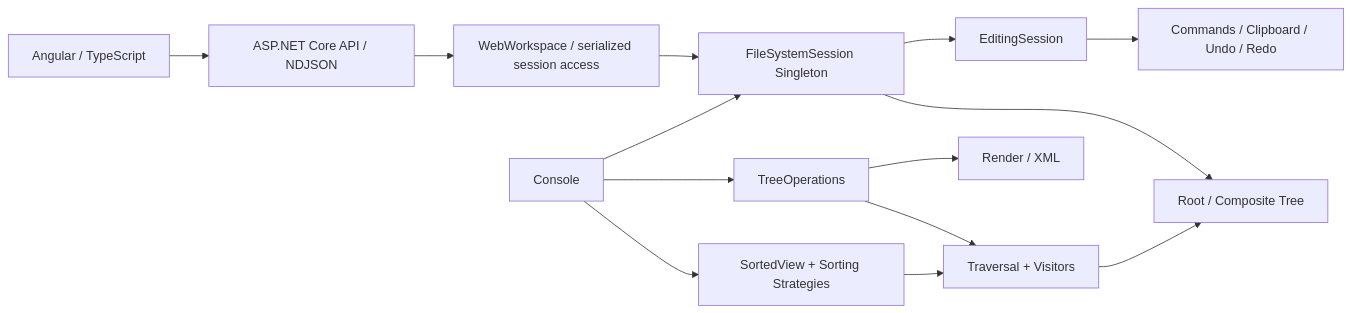
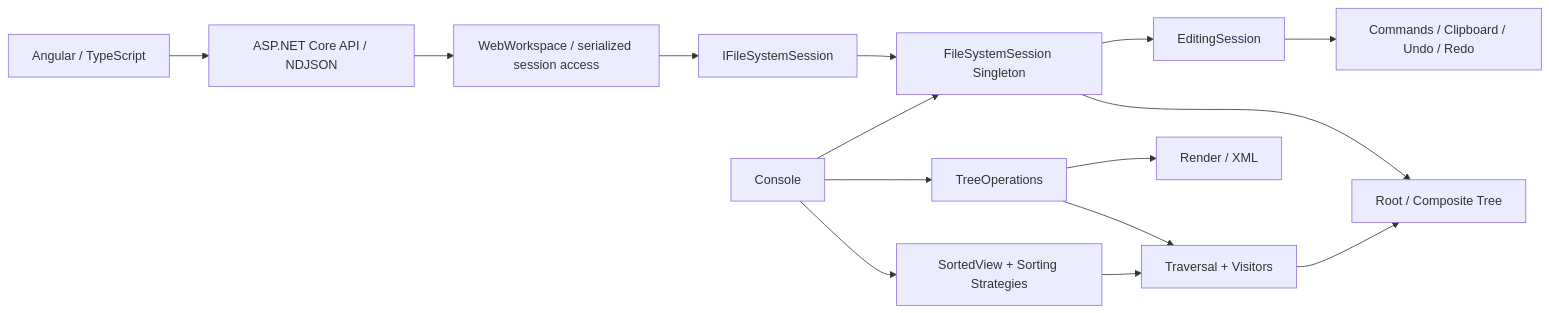
One commit to Juyunho/CloudFileManager changed the first of 3 diagrams in README.md. Above: the diagram before and after it, drawn with Mermaid. The commit also changed other lines of this file and 129 other files, not shown here.

````diff
--- a/README.md
+++ b/README.md
@@ -41,16 +41,16 @@
 ```mermaid
 flowchart LR
     A[Angular / TypeScript] --> API[ASP.NET Core API / NDJSON]
     API --> W[WebWorkspace / serialized session access]
-    W --> S[FileSystemSession Singleton]
+    W --> I[IFileSystemSession] --> S[FileSystemSession Singleton]
     C[Console] --> S[FileSystemSession Singleton]
     S --> R[Root / Composite Tree]
     S --> E[EditingSession]
     E --> H[Commands / Clipboard / Undo / Redo]
     C --> O[TreeOperations]
     O --> V[Traversal + Visitors]
     V --> R
     C --> Q[SortedView + Sorting Strategies]
     Q --> V
     O --> X[Render / XML]
 ```
````
